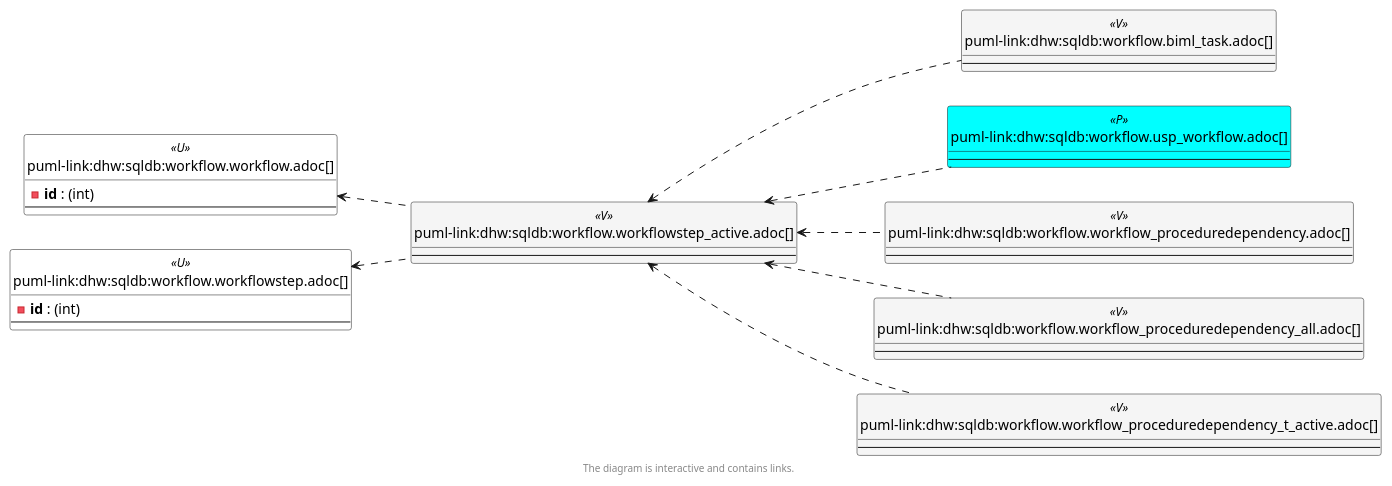
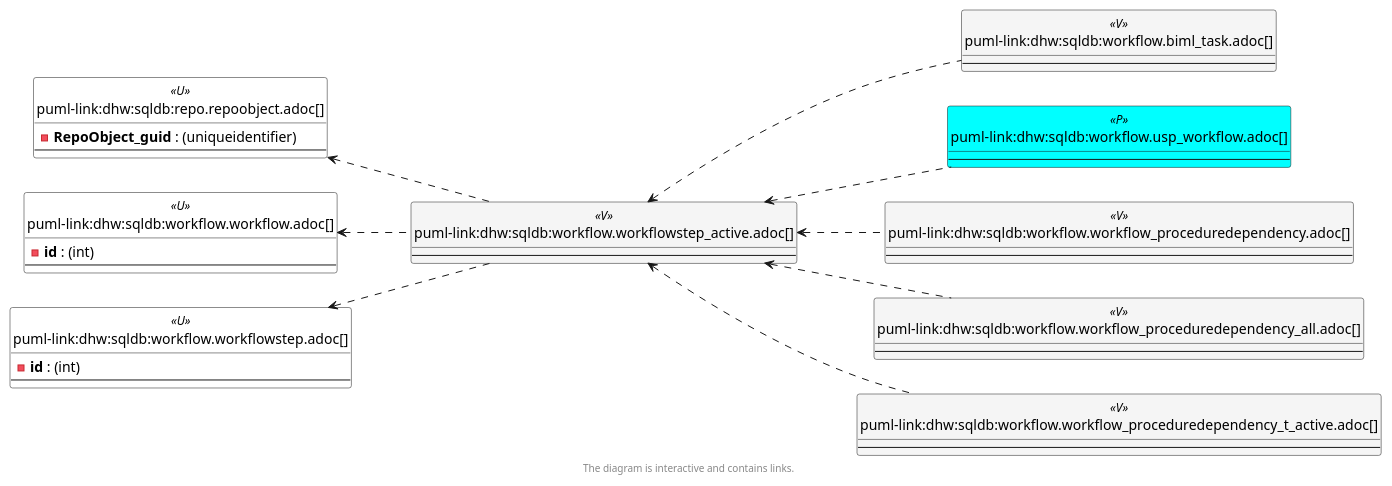
The third of 6 diagrams in docs/modules/sqldb/partials/content/workflow.workflowstep_active.adoc (DataHandwerk/dhw-antora-sqldb), drawn with PlantUML before and after one commit. The commit also changed other lines of this file and 701 other files, not shown here.

```diff
--- a/docs/modules/sqldb/partials/content/workflow.workflowstep_active.adoc
+++ b/docs/modules/sqldb/partials/content/workflow.workflowstep_active.adoc
@@ -671,76 +705,82 @@
 [plantuml, entity_1_1_objectref-{docname}, svg, subs=macros]
 ....
 @startuml
 left to right direction
 'top to bottom direction
 hide circle
 'avoide "." issues:
 set namespaceSeparator none
 
 
 skinparam class {
   BackgroundColor White
   BackgroundColor<<FN>> Yellow
   BackgroundColor<<FS>> Yellow
   BackgroundColor<<FT>> LightGray
   BackgroundColor<<IF>> Yellow
   BackgroundColor<<IS>> Yellow
   BackgroundColor<<P>>  Aqua
   BackgroundColor<<PC>> Aqua
   BackgroundColor<<SN>> Yellow
   BackgroundColor<<SO>> SlateBlue
   BackgroundColor<<TF>> LightGray
   BackgroundColor<<TR>> Tomato
   BackgroundColor<<U>>  White
   BackgroundColor<<V>>  WhiteSmoke
   BackgroundColor<<X>>  Aqua
   BackgroundColor<<external>> AliceBlue
 }
 
+
+entity "puml-link:dhw:sqldb:repo.repoobject.adoc[]" as repo.RepoObject << U >> {
+  - **RepoObject_guid** : (uniqueidentifier)
+  --
+}
 
 entity "puml-link:dhw:sqldb:workflow.biml_task.adoc[]" as workflow.Biml_Task << V >> {
   --
 }
 
 entity "puml-link:dhw:sqldb:workflow.usp_workflow.adoc[]" as workflow.usp_workflow << P >> {
   --
 }
 
 entity "puml-link:dhw:sqldb:workflow.workflow.adoc[]" as workflow.Workflow << U >> {
   - **id** : (int)
   --
 }
 
 entity "puml-link:dhw:sqldb:workflow.workflow_proceduredependency.adoc[]" as workflow.Workflow_ProcedureDependency << V >> {
   --
 }
 
 entity "puml-link:dhw:sqldb:workflow.workflow_proceduredependency_all.adoc[]" as workflow.Workflow_ProcedureDependency_all << V >> {
   --
 }
 
 entity "puml-link:dhw:sqldb:workflow.workflow_proceduredependency_t_active.adoc[]" as workflow.Workflow_ProcedureDependency_T_active << V >> {
   --
 }
 
 entity "puml-link:dhw:sqldb:workflow.workflowstep.adoc[]" as workflow.WorkflowStep << U >> {
   - **id** : (int)
   --
 }
 
 entity "puml-link:dhw:sqldb:workflow.workflowstep_active.adoc[]" as workflow.WorkflowStep_active << V >> {
   --
 }
 
+repo.RepoObject <.. workflow.WorkflowStep_active
 workflow.Workflow <.. workflow.WorkflowStep_active
 workflow.WorkflowStep <.. workflow.WorkflowStep_active
 workflow.WorkflowStep_active <.. workflow.Biml_Task
+workflow.WorkflowStep_active <.. workflow.usp_workflow
 workflow.WorkflowStep_active <.. workflow.Workflow_ProcedureDependency
+workflow.WorkflowStep_active <.. workflow.Workflow_ProcedureDependency_all
 workflow.WorkflowStep_active <.. workflow.Workflow_ProcedureDependency_T_active
-workflow.WorkflowStep_active <.. workflow.usp_workflow
-workflow.WorkflowStep_active <.. workflow.Workflow_ProcedureDependency_all
 
 footer The diagram is interactive and contains links.
 
 @enduml
 ....
```
